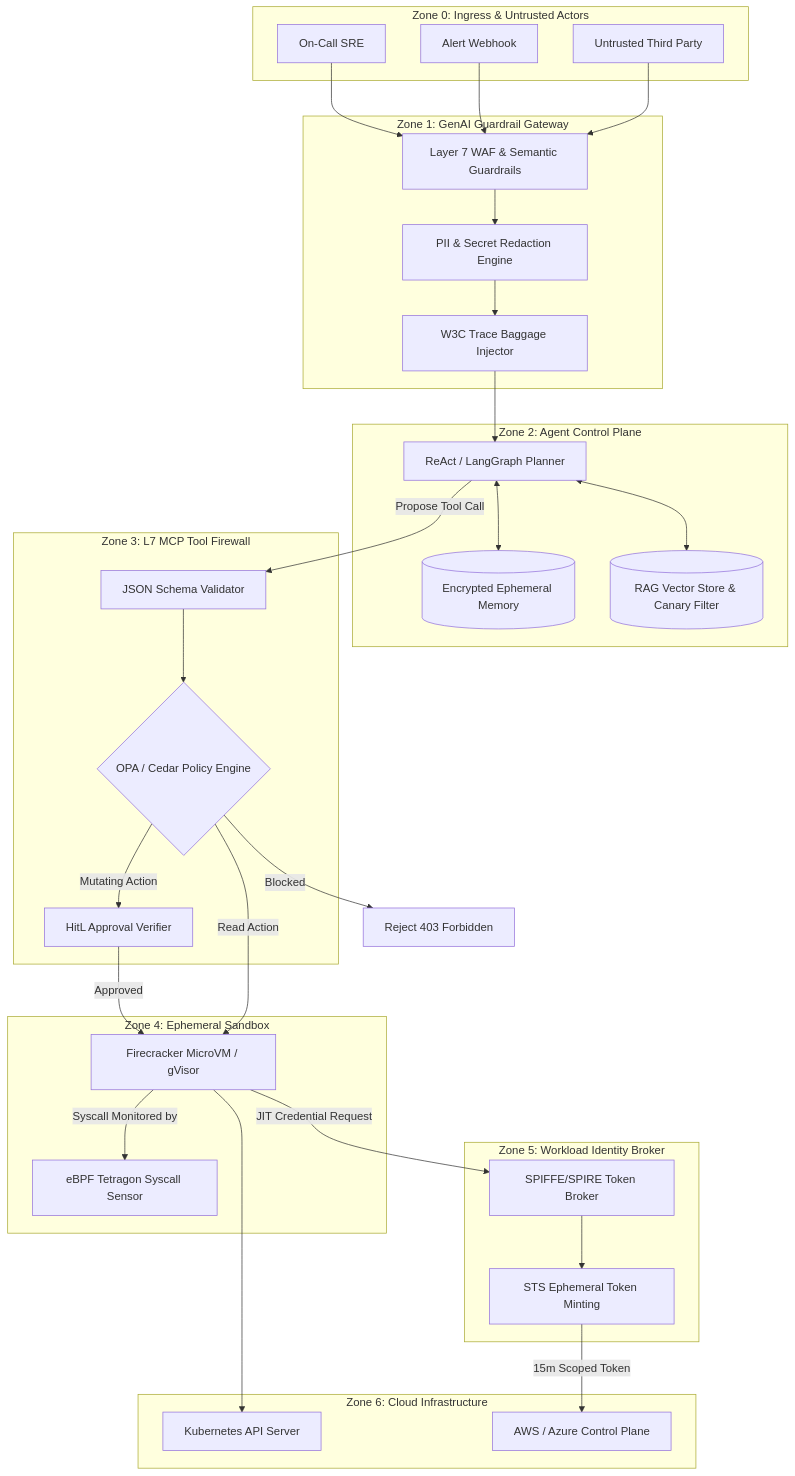
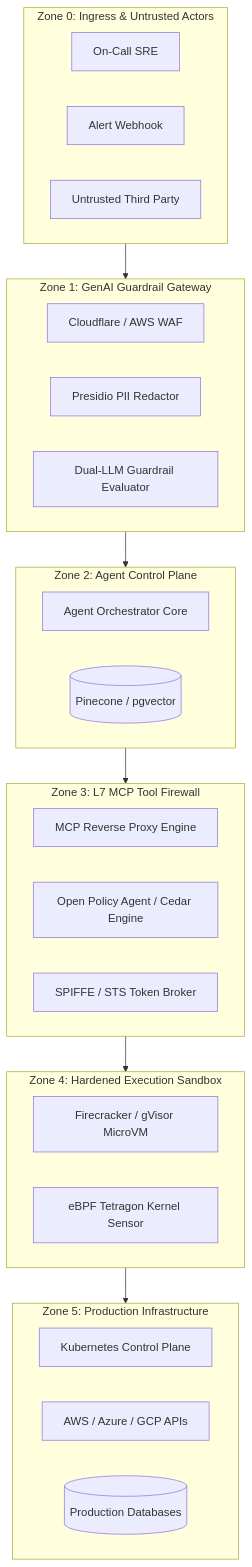
Before and after one commit to CloudSecCorner/cloudseccorner.github.io: the diagram in public/labs/agentic-cloud-security.md, drawn with Mermaid. The commit also changed other lines of this file and 1 other file, not shown here.

Commit message:
feat(labs): standardize agentic cloud security lab with pele architecture and mcp firewalls

````diff
--- a/public/labs/agentic-cloud-security.md
+++ b/public/labs/agentic-cloud-security.md
@@ -52,58 +55,42 @@
 ```mermaid
 flowchart TD
   subgraph Untrusted[Zone 0: Ingress & Untrusted Actors]
     Engineer[On-Call SRE]
     Webhook[Alert Webhook]
     User[Untrusted Third Party]
   end
 
   subgraph Gateway[Zone 1: GenAI Guardrail Gateway]
-    WAF[Layer 7 WAF & Semantic Guardrails]
-    Redactor[PII & Secret Redaction Engine]
-    Tracer[W3C Trace Baggage Injector]
+    WAF[Cloudflare / AWS WAF]
+    PIIFilter[Presidio PII Redactor]
+    JailbreakDetector[Dual-LLM Guardrail Evaluator]
   end
 
   subgraph Orchestrator[Zone 2: Agent Control Plane]
-    Planner[ReAct / LangGraph Planner]
-    Memory[(Encrypted Ephemeral Memory)]
-    RAG[(RAG Vector Store & Canary Filter)]
+    AgentCore[Agent Orchestrator Core]
+    VectorDB[(Pinecone / pgvector)]
   end
 
-  subgraph ToolFirewall[Zone 3: L7 MCP Tool Firewall]
-    Schema[JSON Schema Validator]
-    OPA{OPA / Cedar Policy Engine}
-    HitL[HitL Approval Verifier]
+  subgraph ToolBoundary[Zone 3: L7 MCP Tool Firewall]
+    MCPProxy[MCP Reverse Proxy Engine]
+    OPAPolicy[Open Policy Agent / Cedar Engine]
+    TokenBroker[SPIFFE / STS Token Broker]
   end
 
-  subgraph Sandbox[Zone 4: Ephemeral Sandbox]
-    Firecracker[Firecracker MicroVM / gVisor]
-    Tetragon[eBPF Tetragon Syscall Sensor]
+  subgraph Sandbox[Zone 4: Hardened Execution Sandbox]
+    MicroVM[Firecracker / gVisor MicroVM]
+    eBPF[eBPF Tetragon Kernel Sensor]
   end
 
-  subgraph Broker[Zone 5: Workload Identity Broker]
-    SPIRE[SPIFFE/SPIRE Token Broker]
-    STS[STS Ephemeral Token Minting]
+  subgraph CloudFabric[Zone 5: Production Infrastructure]
+    K8sAPI[Kubernetes Control Plane]
+    CloudAPIs[AWS / Azure / GCP APIs]
+    DB[(Production Databases)]
   end
 
-  subgraph CloudTarget[Zone 6: Cloud Infrastructure]
-    K8sAPI[Kubernetes API Server]
-    CloudControl[AWS / Azure Control Plane]
-  end
-
-  Engineer --> WAF
-  Webhook --> WAF
-  User --> WAF
-  WAF --> Redactor --> Tracer --> Planner
-  Planner <--> Memory
-  Planner <--> RAG
-  Planner -- Propose Tool Call --> Schema
-  Schema --> OPA
-  OPA -- Mutating Action --> HitL
-  HitL -- Approved --> Firecracker
-  OPA -- Read Action --> Firecracker
-  OPA -- Blocked --> Deny[Reject 403 Forbidden]
-  Firecracker -- Syscall Monitored by --> Tetragon
-  Firecracker -- JIT Credential Request --> SPIRE --> STS
-  STS -- 15m Scoped Token --> CloudControl
-  Firecracker --> K8sAPI
+  Untrusted --> Gateway
+  Gateway --> Orchestrator
+  Orchestrator --> ToolBoundary
+  ToolBoundary --> Sandbox
+  Sandbox --> CloudFabric
 ```
````
